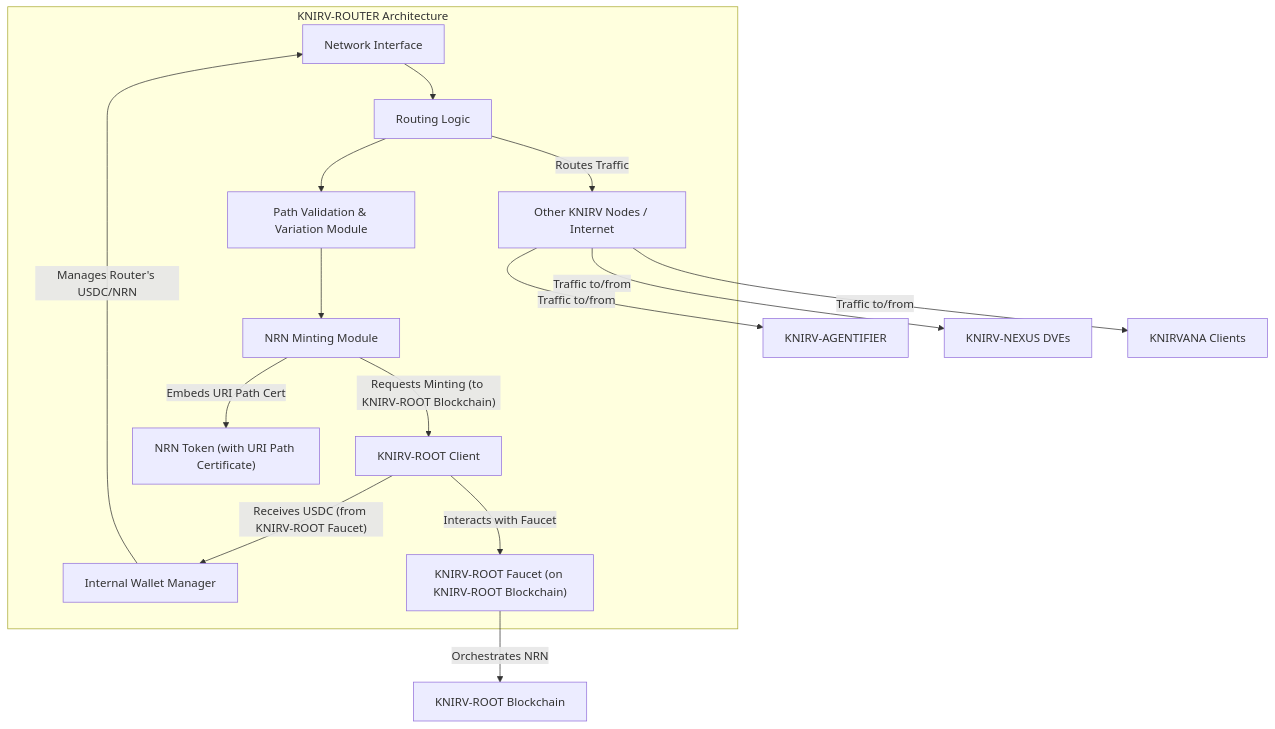
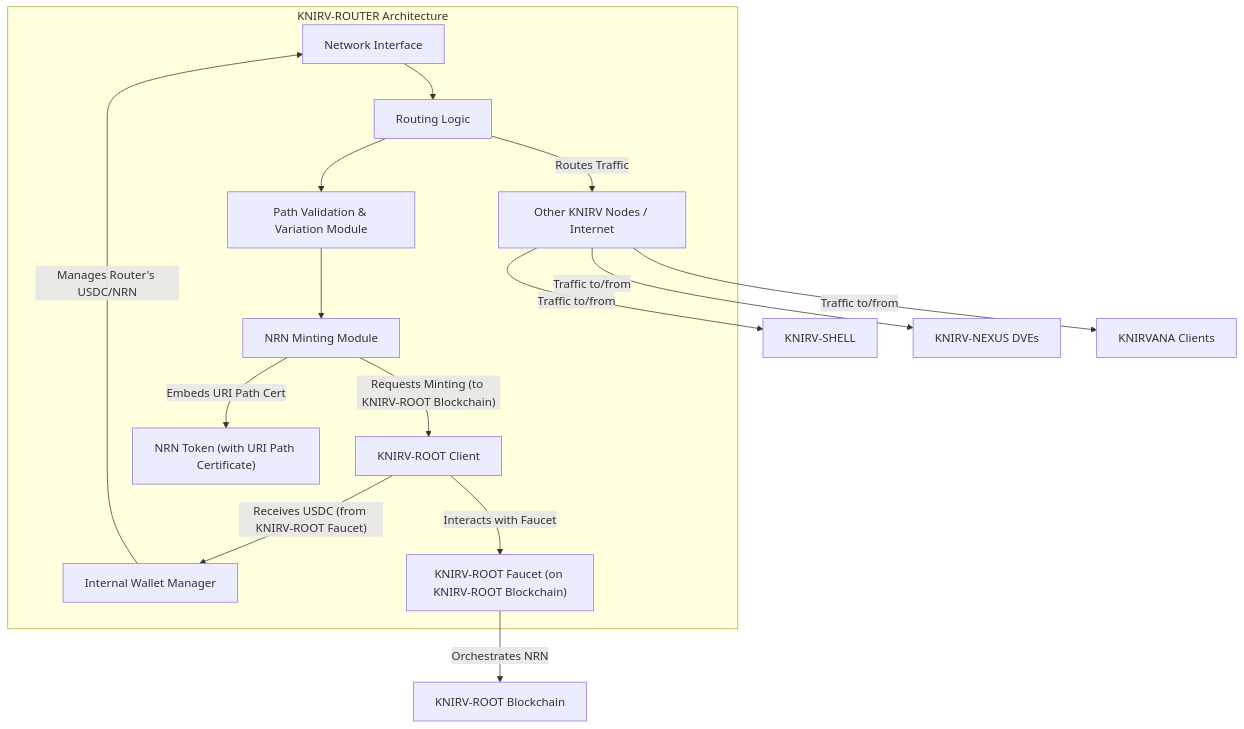
One commit to guiperry/KNIRV_NETWORK changed the diagram in KNIRVGATEWAY/documentation/docsify/whitepapers/KNIRV-ROUTER_Whitepaper.md. Above: the diagram before and after it, drawn with Mermaid. The commit also changed other lines of this file and 14 other files, not shown here.

````diff
--- a/KNIRVGATEWAY/documentation/docsify/whitepapers/KNIRV-ROUTER_Whitepaper.md
+++ b/KNIRVGATEWAY/documentation/docsify/whitepapers/KNIRV-ROUTER_Whitepaper.md
@@ -56,20 +56,20 @@
 ```mermaid
 graph TD
     subgraph KNIRV-ROUTER Architecture
         NI[Network Interface] --> R[Routing Logic]
         R --> PV[Path Validation & Variation Module]
         PV --> NM[NRN Minting Module]
         NM -- "Requests Minting (to KNIRV-ROOT Blockchain)" --> KRC[KNIRV-ROOT Client]
         KRC -- "Receives USDC (from KNIRV-ROOT Faucet)" --> WM[Internal Wallet Manager]
         WM -- "Manages Router's USDC/NRN" --> NI
 
         R -- "Routes Traffic" --> OtherNodes[Other KNIRV Nodes / Internet]
         NM -- "Embeds URI Path Cert" --> NRN_Token["NRN Token (with URI Path Certificate)"]
         KRC -- "Interacts with Faucet" --> KRF["KNIRV-ROOT Faucet (on KNIRV-ROOT Blockchain)"]
     end
 
-    OtherNodes -- "Traffic to/from" --> KNIRV_SHELL[KNIRV-AGENTIFIER]
+    OtherNodes -- "Traffic to/from" --> KNIRV_SHELL[KNIRV-SHELL]
     OtherNodes -- "Traffic to/from" --> KNIRV_NEXUS[KNIRV-NEXUS DVEs]
     OtherNodes -- "Traffic to/from" --> KNIRVANA[KNIRVANA Clients]
     KRF -- "Orchestrates NRN" --> KNIRV_ROOT[KNIRV-ROOT Blockchain]
 ```
````
